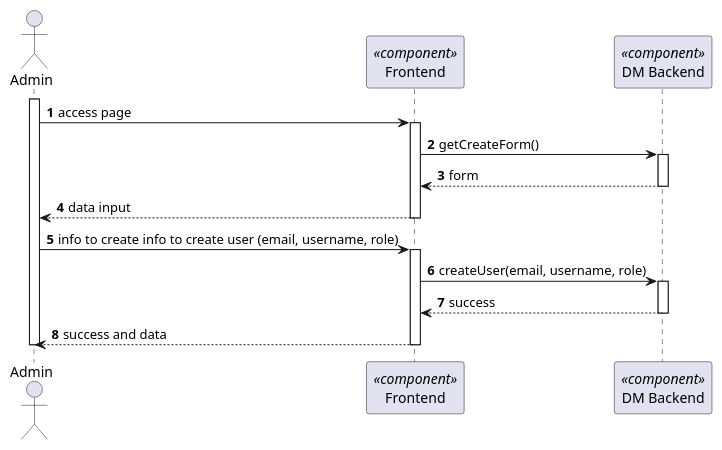
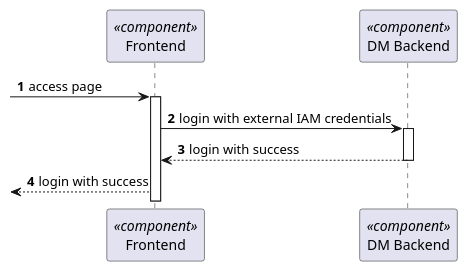
Before and after one commit to Ana-Miguel-Silva/SurgicalAppointmentAndResourceManagement: the diagram in docs/BackofficeModule/6.2.5/sequence-diagram-2.puml, drawn with PlantUML. The commit also changed 27 other files, not shown here.

```diff
--- a/docs/BackofficeModule/6.2.5/sequence-diagram-2.puml
+++ b/docs/BackofficeModule/6.2.5/sequence-diagram-2.puml
@@ -1,33 +1,24 @@
-@startuml 5.1.1
+@startuml 5.1.7
 skinparam packageStyle rectangle
 skinparam shadowing false
 
 autonumber
 
-actor "Admin" as AD
 participant "Frontend" as FE <<component>>
 participant "DM Backend" as BE <<component>>
 
 
 
-activate AD
-AD -> FE: access page
+ -> FE: access page
 activate FE
-FE -> BE: getCreateForm()
+FE -> BE : login with external IAM credentials
 activate BE
-BE --> FE: form
+
+
+BE --> FE: login with success
 deactivate BE
-FE --> AD : data input
-deactivate FE
-AD -> FE : info to create info to create user (email, username, role)
-activate FE
-FE -> BE : createUser(email, username, role)
-activate BE
-BE --> FE: success
-deactivate BE
-FE --> AD : success and data
-deactivate FE
-deactivate AD
+
+<-- FE   : login with success
 
 
 @enduml
```
